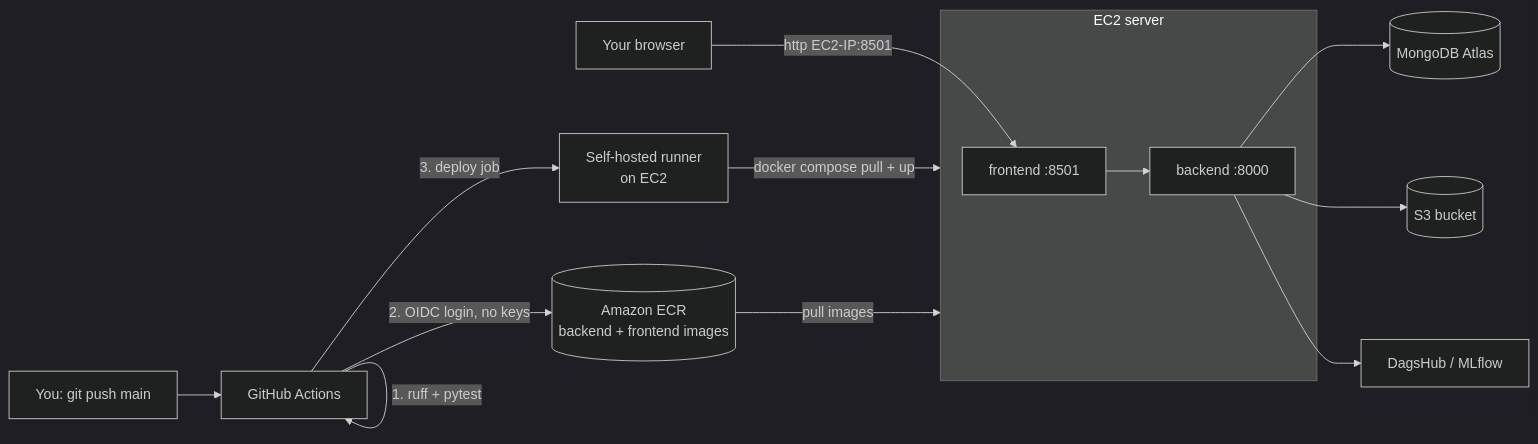
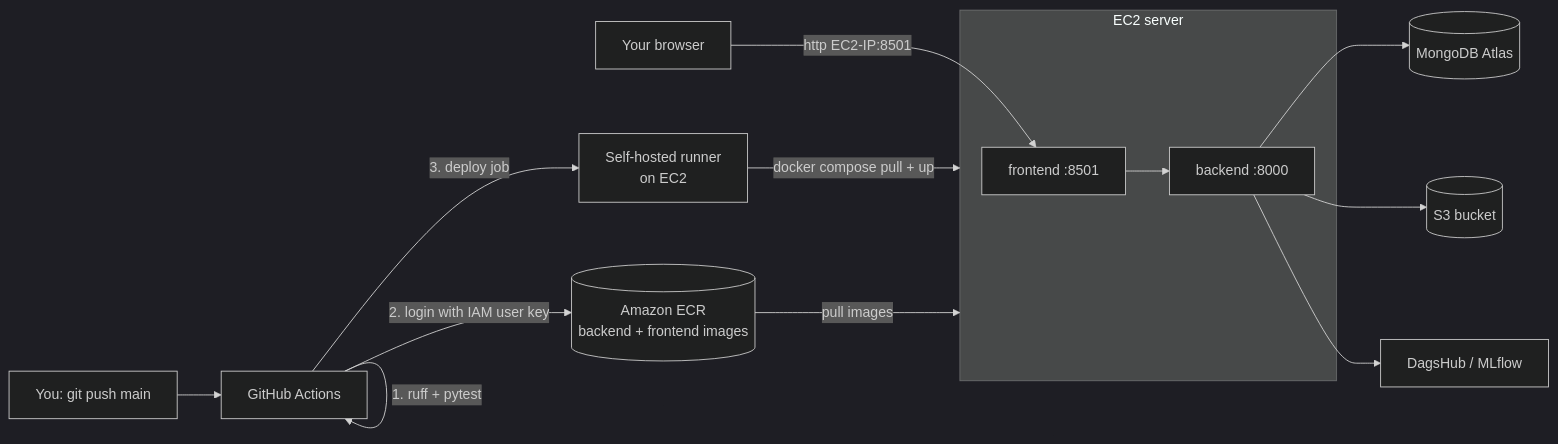
One commit to jsuryanm/network-security-mlops changed the diagram in docs/aws_deployment.md. Above: the diagram before and after it, drawn with Mermaid (dark theme). The commit also changed other lines of this file and 6 other files, not shown here.

````diff
--- a/docs/aws_deployment.md
+++ b/docs/aws_deployment.md
@@ -11,16 +11,16 @@
 ```mermaid
 flowchart LR
     DEV[You: git push main] --> GH[GitHub Actions]
     GH -->|1. ruff + pytest| GH
-    GH -->|2. OIDC login, no keys| ECR[(Amazon ECR<br/>backend + frontend images)]
+    GH -->|2. login with IAM user key| ECR[(Amazon ECR<br/>backend + frontend images)]
     GH -->|3. deploy job| RUN[Self-hosted runner<br/>on EC2]
     RUN -->|docker compose pull + up| EC2
     ECR -->|pull images| EC2
     subgraph EC2[EC2 server]
         FE[frontend :8501] --> BE[backend :8000]
     end
     USER[Your browser] -->|http EC2-IP:8501| FE
     BE --> MONGO[(MongoDB Atlas)]
     BE --> S3[(S3 bucket)]
     BE --> DH[DagsHub / MLflow]
 ```
````
